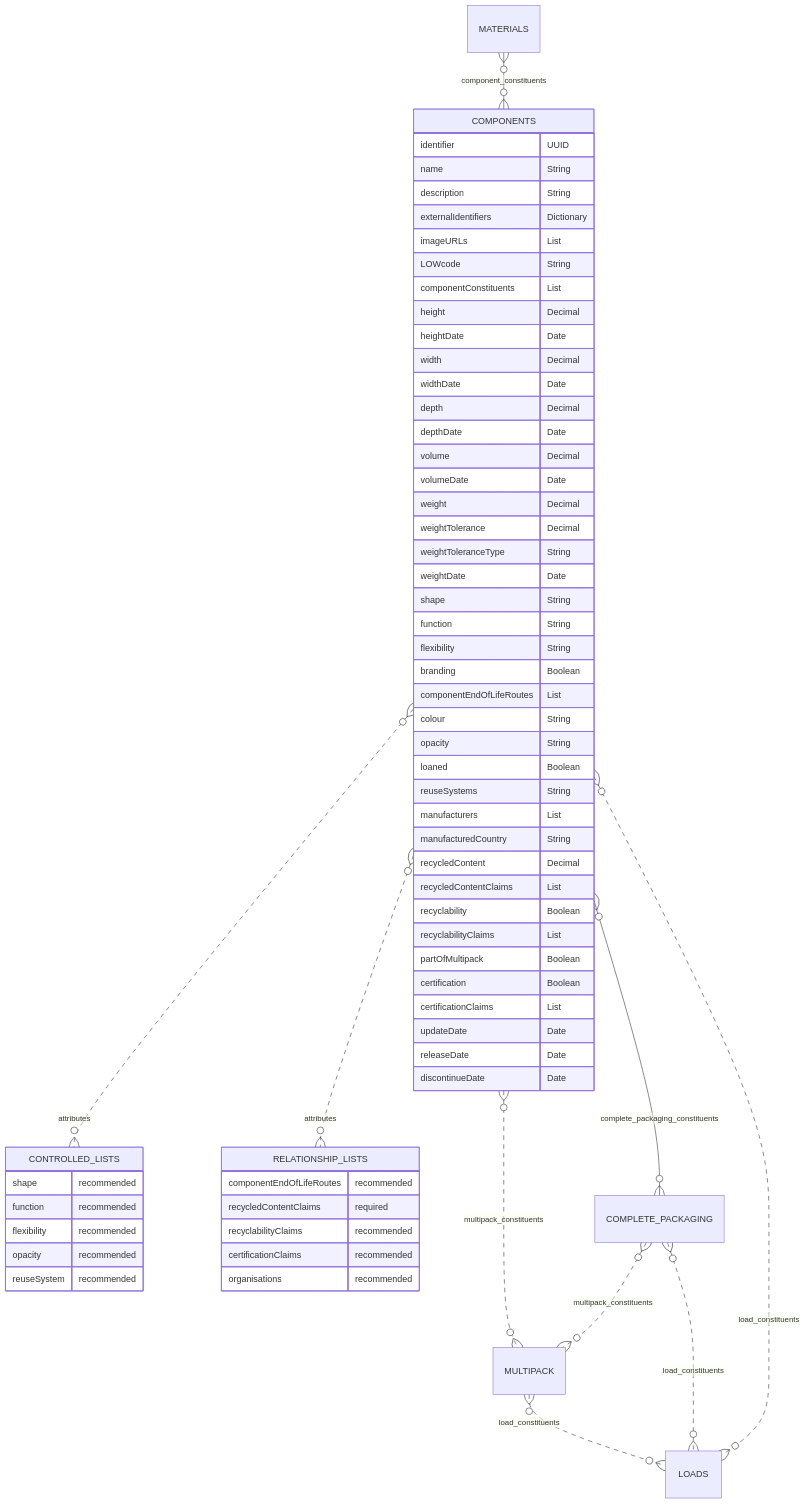
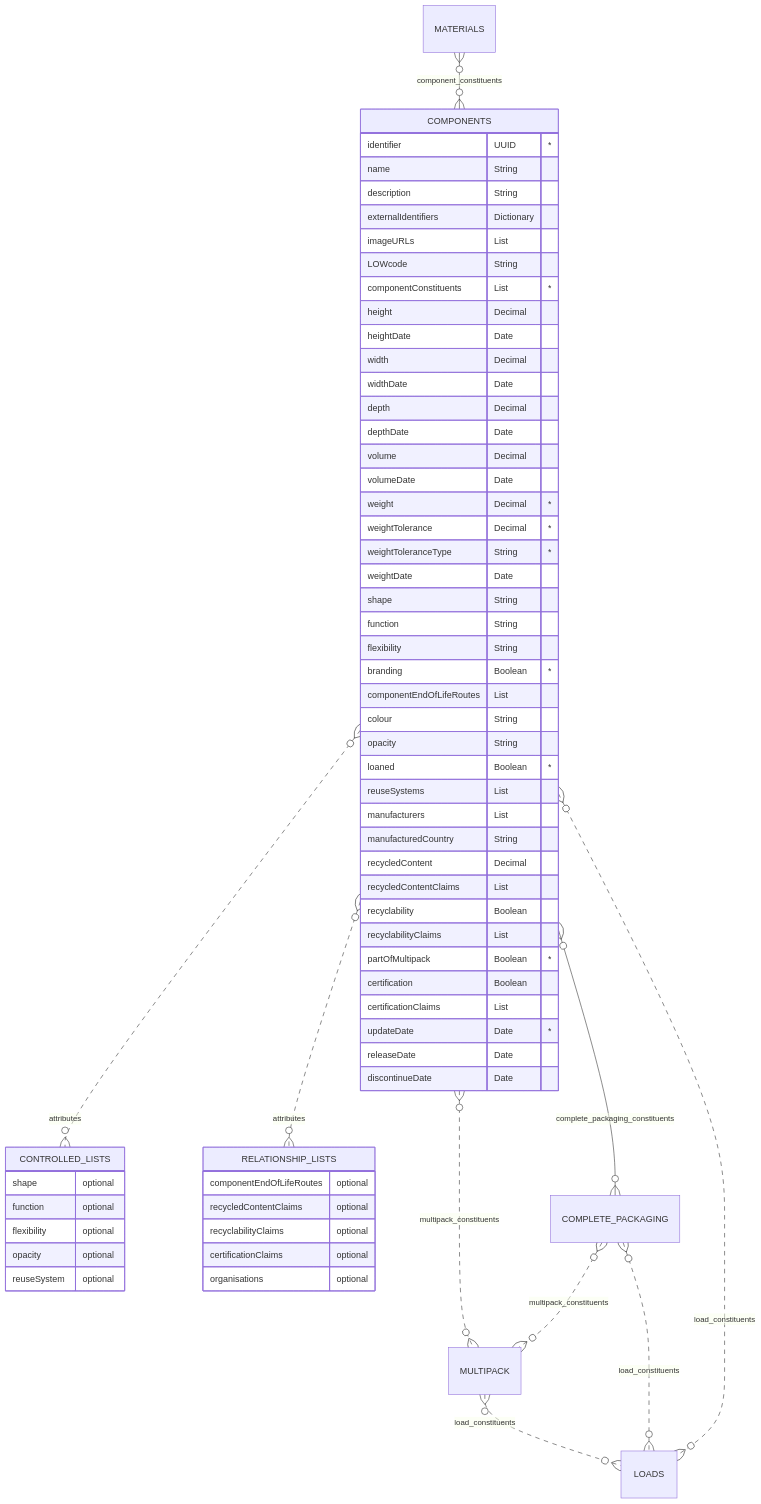
The diagram in docs/3_Data_Specification/3_3_Components.md (OpenDataManchester/Open3P), drawn with Mermaid before and after one commit. The commit also changed other lines of this file, not shown here.

Commit message:
Requ --> Mand, Recc --> Optional, add [*] to table

````diff
--- a/docs/3_Data_Specification/3_3_Components.md
+++ b/docs/3_Data_Specification/3_3_Components.md
@@ -56,68 +56,68 @@
 ``` mermaid
 erDiagram
 MATERIALS }o--o{ COMPONENTS : component_constituents
   COMPONENTS {
-    identifier UUID
+    identifier UUID "*"
     name String
     description String
     externalIdentifiers Dictionary
     imageURLs List
     LOWcode String
-    componentConstituents List
+    componentConstituents List "*"
     height Decimal
     heightDate Date
     width Decimal
     widthDate Date
     depth Decimal
     depthDate Date
     volume Decimal
     volumeDate Date
-    weight Decimal
-    weightTolerance Decimal
-    weightToleranceType String
+    weight Decimal "*"
+    weightTolerance Decimal "*"
+    weightToleranceType String "*"
     weightDate Date
     shape String
     function String
     flexibility String
-    branding Boolean
+    branding Boolean "*"
     componentEndOfLifeRoutes List
     colour String
     opacity String
-    loaned Boolean
-    reuseSystems String
+    loaned Boolean "*"
+    reuseSystems List
     manufacturers List
     manufacturedCountry String
     recycledContent Decimal
     recycledContentClaims List
     recyclability Boolean
     recyclabilityClaims List
-    partOfMultipack Boolean
+    partOfMultipack Boolean "*"
     certification Boolean
     certificationClaims List
-    updateDate Date
+    updateDate Date "*"
     releaseDate Date
     discontinueDate Date
   }
   COMPONENTS }o..o{ CONTROLLED_LISTS : attributes
   COMPONENTS }o..o{ RELATIONSHIP_LISTS : attributes
   COMPONENTS }o--o{ COMPLETE_PACKAGING : complete_packaging_constituents
   COMPONENTS }o..o{ MULTIPACK : multipack_constituents
   MULTIPACK }o..o{ LOADS : load_constituents
   COMPLETE_PACKAGING }o..o{ MULTIPACK : multipack_constituents
   COMPLETE_PACKAGING }o..o{ LOADS : load_constituents
   COMPONENTS }o..o{ LOADS : load_constituents
     CONTROLLED_LISTS {
-    shape recommended
-    function recommended
-    flexibility recommended
-    opacity recommended
-    reuseSystem recommended
+    shape optional
+    function optional
+    flexibility optional
+    opacity optional
+    reuseSystem optional
   }
   RELATIONSHIP_LISTS {
-    componentEndOfLifeRoutes recommended
-    recycledContentClaims required
-    recyclabilityClaims recommended
-    certificationClaims recommended
-    organisations recommended
+    componentEndOfLifeRoutes optional
+    recycledContentClaims optional
+    recyclabilityClaims optional
+    certificationClaims optional
+    organisations optional
   }
 ```
````
